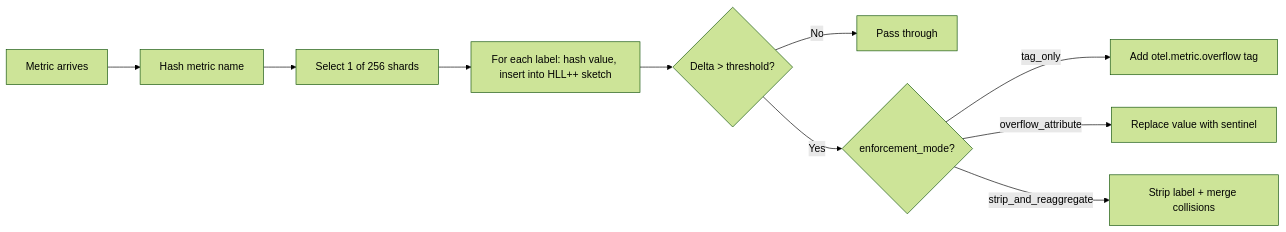
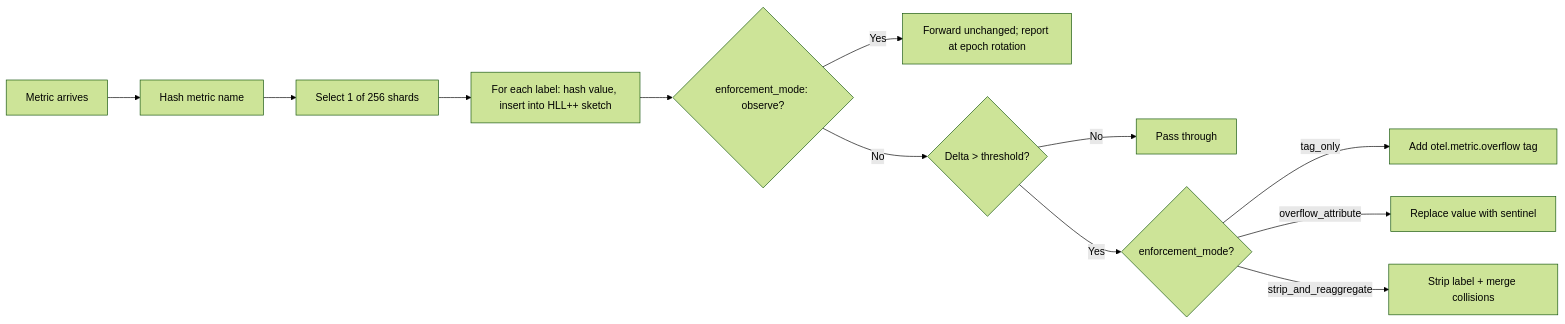
Before and after one commit to open-telemetry/opentelemetry-collector-contrib: the diagram in processor/cardinalityguardianprocessor/README.md, drawn with Mermaid (forest theme). The commit also changed other lines of this file and 9 other files, not shown here.

First line of the commit message:
[processor/cardinalityguardian] Add observe enforcement mode

````diff
--- a/processor/cardinalityguardianprocessor/README.md
+++ b/processor/cardinalityguardianprocessor/README.md
@@ -36,12 +36,14 @@
 ```mermaid
 flowchart LR
     A[Metric arrives] --> B[Hash metric name]
     B --> C[Select 1 of 256 shards]
     C --> D[For each label: hash value, insert into HLL++ sketch]
-    D --> E{Delta > threshold?}
+    D --> O{enforcement_mode: observe?}
+    O -- Yes --> P[Forward unchanged; report at epoch rotation]
+    O -- No --> E{Delta > threshold?}
     E -- No --> F[Pass through]
     E -- Yes --> G{enforcement_mode?}
     G -- tag_only --> H[Add otel.metric.overflow tag]
     G -- overflow_attribute --> OA[Replace value with sentinel]
     G -- strip_and_reaggregate --> I[Strip label + merge collisions]
 ```
````
